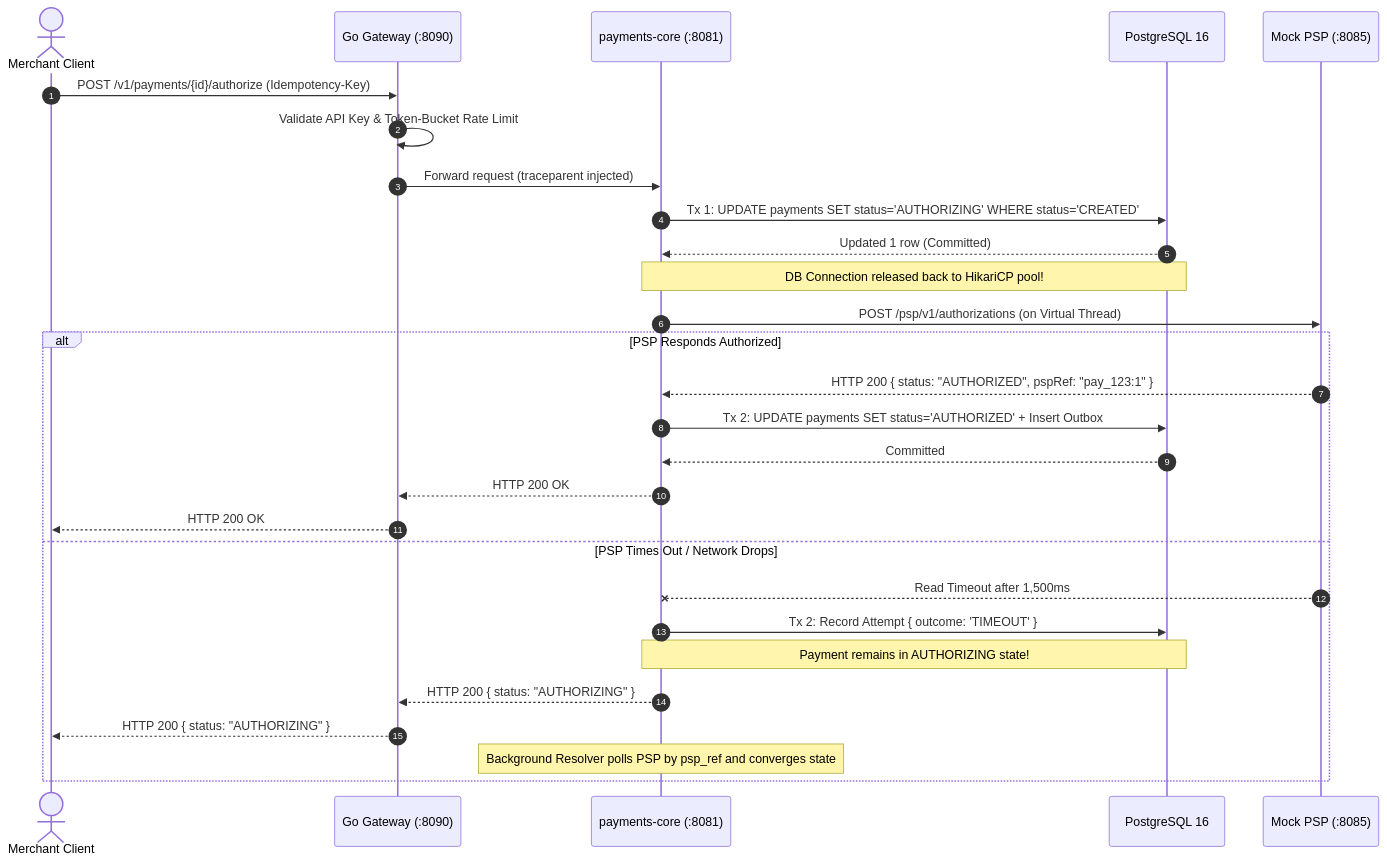
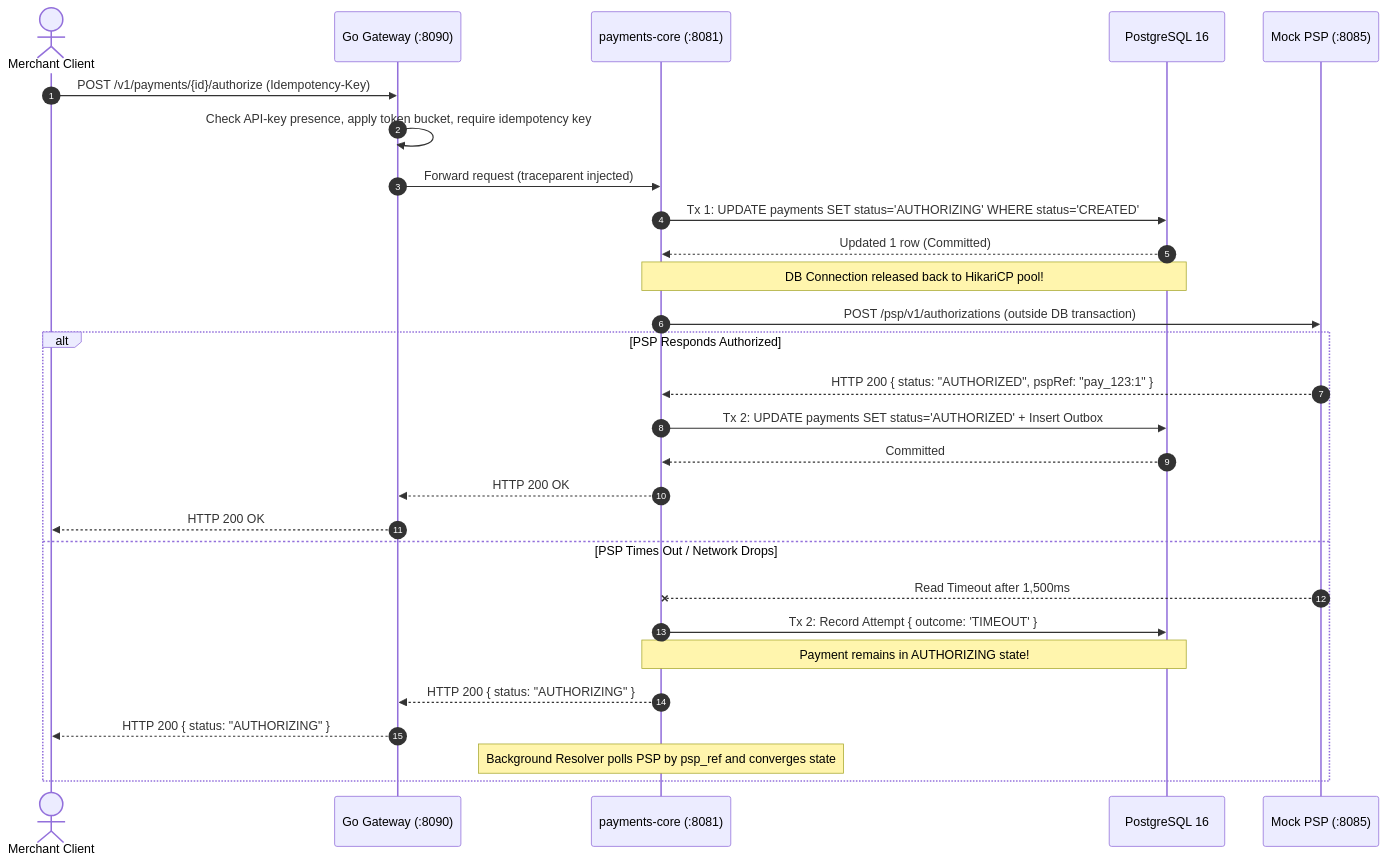
One commit to nrahil/Paycore-Ledger changed the first of 3 diagrams in README.md. Above: the diagram before and after it, drawn with Mermaid. The commit also changed other lines of this file and 62 other files, not shown here.

````diff
--- a/README.md
+++ b/README.md
@@ -563,31 +551,31 @@
 ```mermaid
 sequenceDiagram
     autonumber
     actor Merchant as Merchant Client
     participant Gateway as Go Gateway (:8090)
     participant Core as payments-core (:8081)
     participant DB as PostgreSQL 16
     participant PSP as Mock PSP (:8085)
 
     Merchant->>Gateway: POST /v1/payments/{id}/authorize (Idempotency-Key)
-    Gateway->>Gateway: Validate API Key & Token-Bucket Rate Limit
+    Gateway->>Gateway: Check API-key presence, apply token bucket, require idempotency key
     Gateway->>Core: Forward request (traceparent injected)
     Core->>DB: Tx 1: UPDATE payments SET status='AUTHORIZING' WHERE status='CREATED'
     DB-->>Core: Updated 1 row (Committed)
     Note over Core,DB: DB Connection released back to HikariCP pool!
-    Core->>PSP: POST /psp/v1/authorizations (on Virtual Thread)
+    Core->>PSP: POST /psp/v1/authorizations (outside DB transaction)
     alt PSP Responds Authorized
         PSP-->>Core: HTTP 200 { status: "AUTHORIZED", pspRef: "pay_123:1" }
         Core->>DB: Tx 2: UPDATE payments SET status='AUTHORIZED' + Insert Outbox
         DB-->>Core: Committed
         Core-->>Gateway: HTTP 200 OK
         Gateway-->>Merchant: HTTP 200 OK
     else PSP Times Out / Network Drops
         PSP--xCore: Read Timeout after 1,500ms
         Core->>DB: Tx 2: Record Attempt { outcome: 'TIMEOUT' }
         Note over Core,DB: Payment remains in AUTHORIZING state!
         Core-->>Gateway: HTTP 200 { status: "AUTHORIZING" }
         Gateway-->>Merchant: HTTP 200 { status: "AUTHORIZING" }
         Note over Core: Background Resolver polls PSP by psp_ref and converges state
     end
 ```
````
